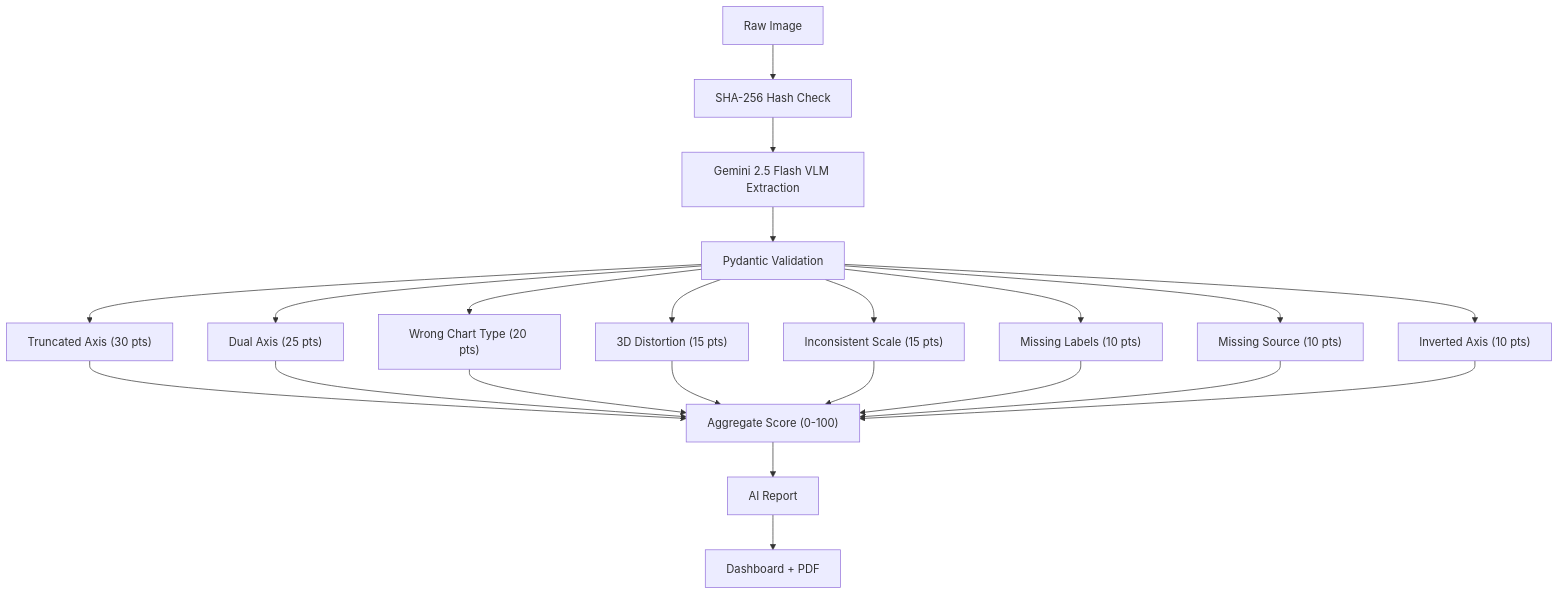
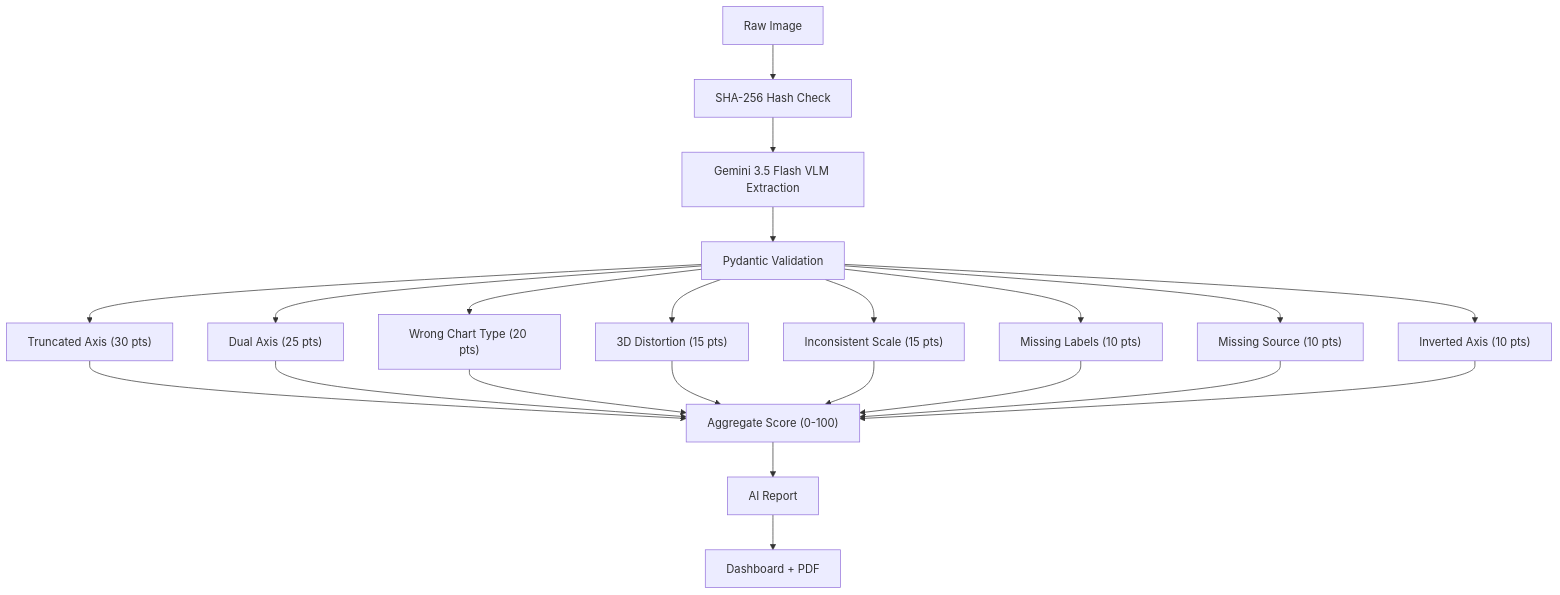
The second of 2 diagrams in README.md (mansi-wagh/ChartLie_Detector-AI), drawn with Mermaid before and after one commit. The commit also changed other lines of this file, not shown here.

````diff
--- a/README.md
+++ b/README.md
@@ -98,17 +98,17 @@
 ```mermaid
 flowchart TD
     A["Raw Image"] --> B["SHA-256 Hash Check"]
-    B --> C["Gemini 2.5 Flash VLM Extraction"]
+    B --> C["Gemini 3.5 Flash VLM Extraction"]
     C --> D["Pydantic Validation"]
     D --> E1["Truncated Axis (30 pts)"]
     D --> E2["Dual Axis (25 pts)"]
     D --> E3["Wrong Chart Type (20 pts)"]
     D --> E4["3D Distortion (15 pts)"]
     D --> E5["Inconsistent Scale (15 pts)"]
     D --> E6["Missing Labels (10 pts)"]
     D --> E7["Missing Source (10 pts)"]
     D --> E8["Inverted Axis (10 pts)"]
     E1 & E2 & E3 & E4 & E5 & E6 & E7 & E8 --> F["Aggregate Score (0-100)"]
     F --> G["AI Report"]
     G --> H["Dashboard + PDF"]
 ```
````
